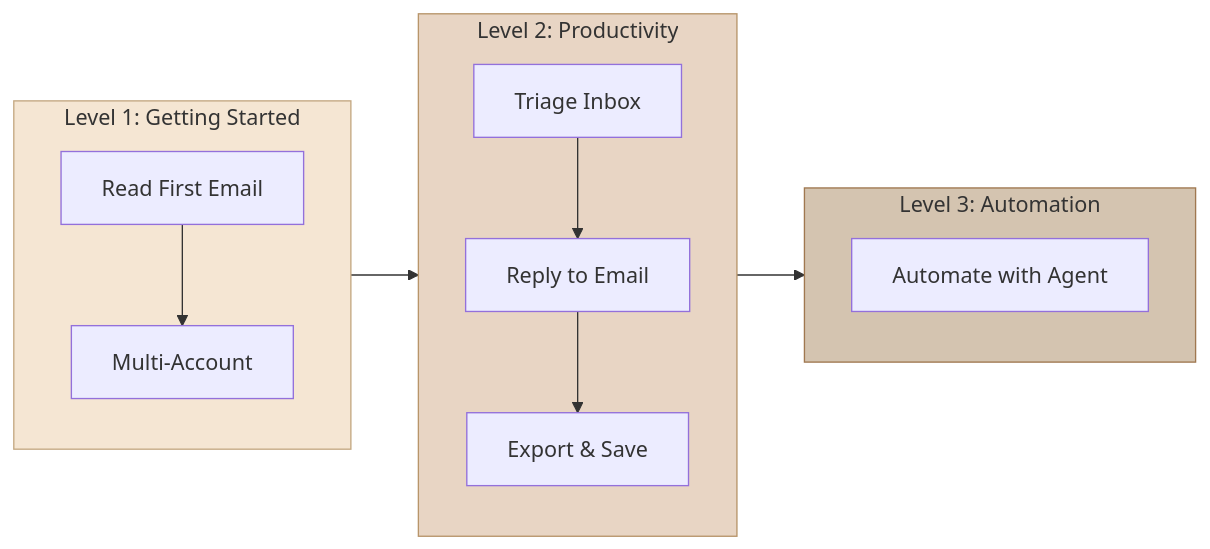
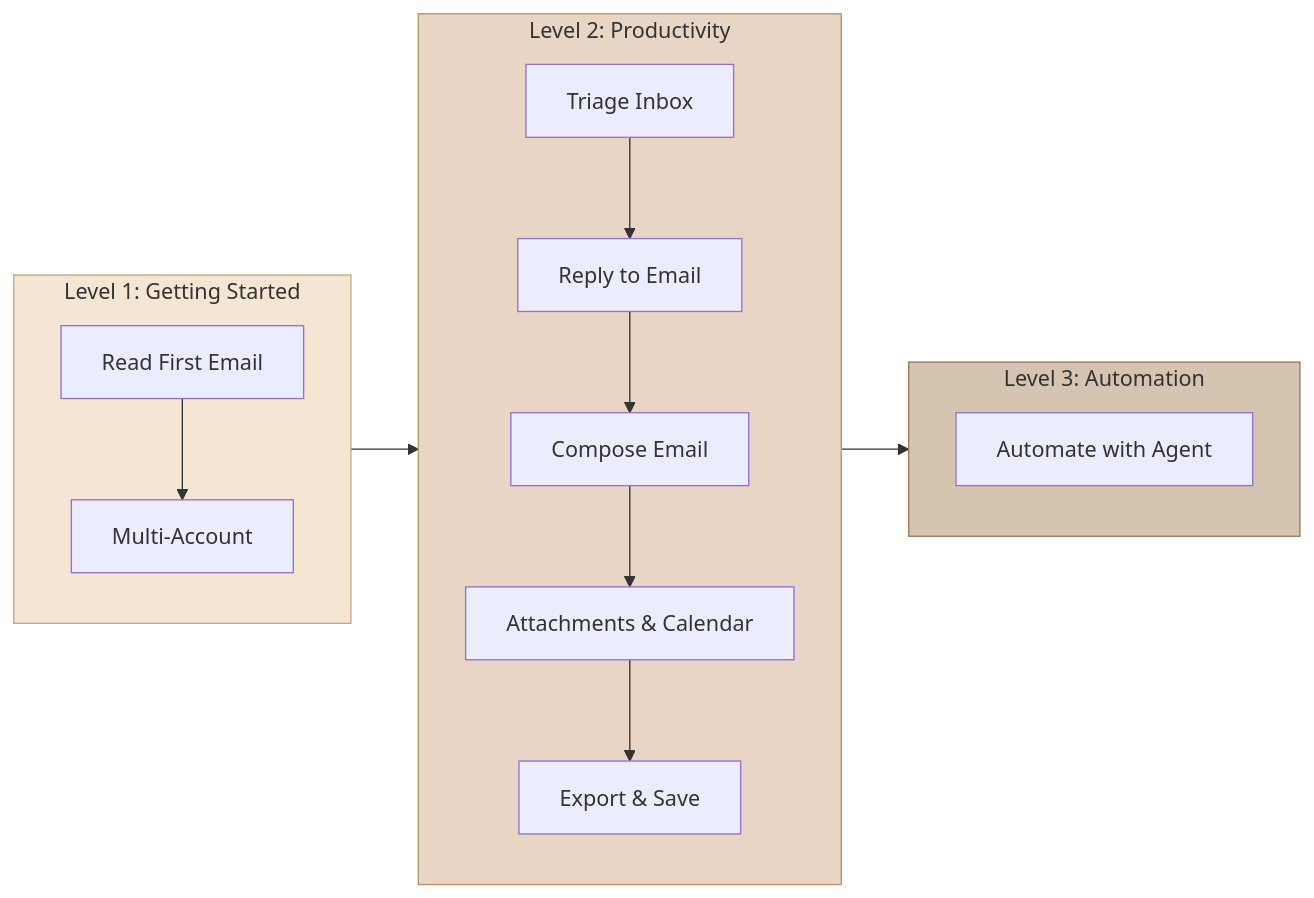
The diagram in docs/tutorials/index.md (Data-Wise/himalaya-mcp), drawn with Mermaid before and after one commit. The commit also changed other lines of this file and 10 other files, not shown here.

````diff
--- a/docs/tutorials/index.md
+++ b/docs/tutorials/index.md
@@ -7,21 +7,23 @@
 ```mermaid
 flowchart LR
     subgraph L1["Level 1: Getting Started"]
         A1[Read First Email] --> A2[Multi-Account]
     end
 
     subgraph L2["Level 2: Productivity"]
         B1[Triage Inbox] --> B2[Reply to Email]
-        B2 --> B3[Export & Save]
+        B2 --> B4[Compose Email]
+        B4 --> B5[Attachments & Calendar]
+        B5 --> B3[Export & Save]
     end
 
     subgraph L3["Level 3: Automation"]
         C1[Automate with Agent]
     end
 
     L1 --> L2 --> L3
 
     style L1 fill:#f5e6d3,stroke:#c4a882
     style L2 fill:#e8d5c4,stroke:#b8956a
     style L3 fill:#d4c4b0,stroke:#a07850
 ```
````
